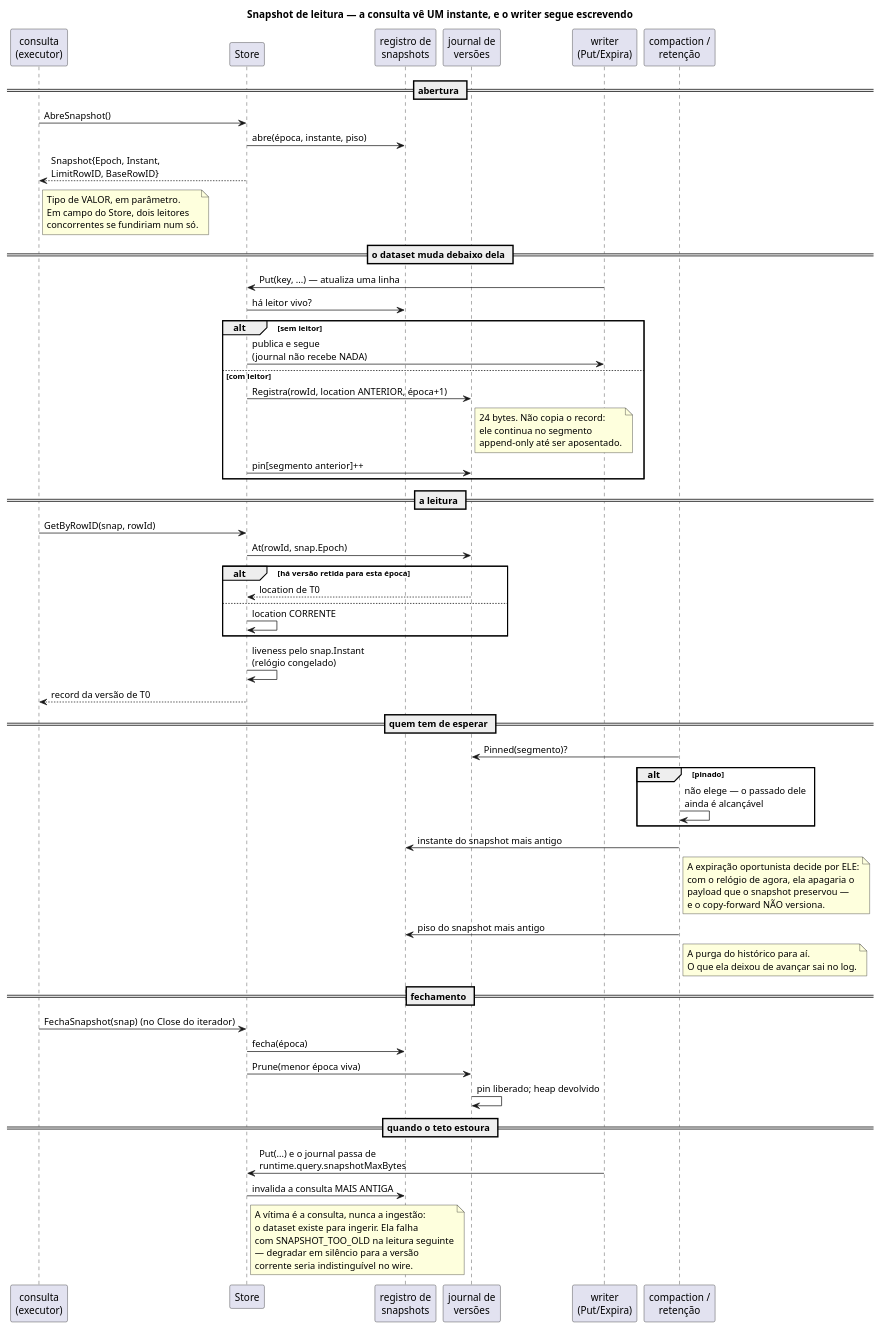
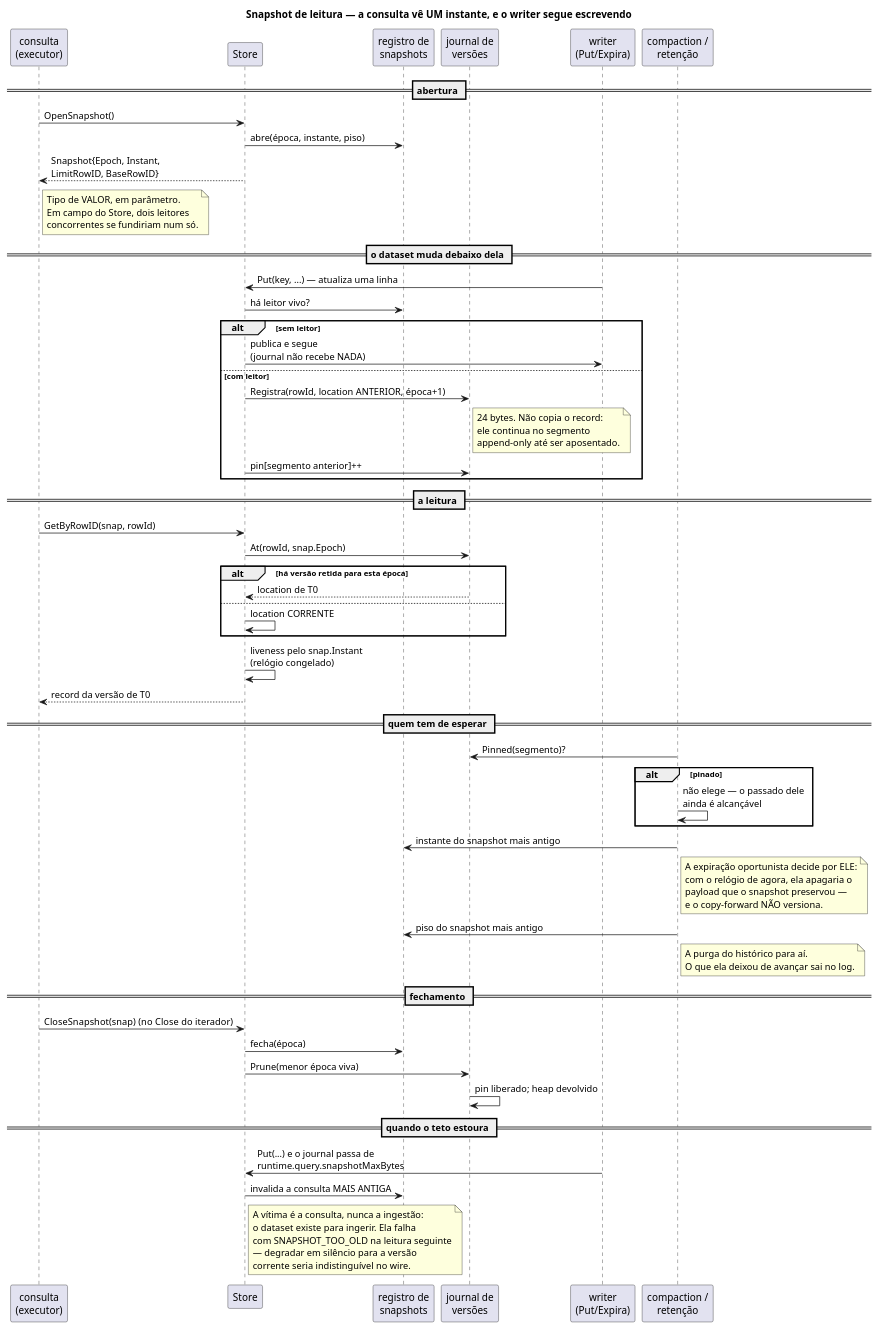
Before and after one commit to nishisan-dev/nishidb: the diagram in docs/diagrams/snapshot_isolamento.puml, drawn with PlantUML. The commit also changed 25 other files, not shown here.

```diff
--- a/docs/diagrams/snapshot_isolamento.puml
+++ b/docs/diagrams/snapshot_isolamento.puml
@@ -1,81 +1,81 @@
 @startuml snapshot_isolamento
 title Snapshot de leitura — a consulta vê UM instante, e o writer segue escrevendo
 
 participant "consulta\n(executor)" as q
 participant "Store" as st
 participant "registro de\nsnapshots" as reg
 participant "journal de\nversões" as jr
 participant "writer\n(Put/Expira)" as w
 participant "compaction /\nretenção" as c
 
 == abertura ==
-q -> st : AbreSnapshot()
+q -> st : OpenSnapshot()
 st -> reg : abre(época, instante, piso)
 st --> q : Snapshot{Epoch, Instant,\nLimitRowID, BaseRowID}
 note right of q
   Tipo de VALOR, em parâmetro.
   Em campo do Store, dois leitores
   concorrentes se fundiriam num só.
 end note
 
 == o dataset muda debaixo dela ==
 w -> st : Put(key, ...) — atualiza uma linha
 st -> reg : há leitor vivo?
 alt sem leitor
   st -> w : publica e segue\n(journal não recebe NADA)
 else com leitor
   st -> jr : Registra(rowId, location ANTERIOR, época+1)
   note right of jr
     24 bytes. Não copia o record:
     ele continua no segmento
     append-only até ser aposentado.
   end note
   st -> jr : pin[segmento anterior]++
 end
 
 == a leitura ==
 q -> st : GetByRowID(snap, rowId)
 st -> jr : At(rowId, snap.Epoch)
 alt há versão retida para esta época
   jr --> st : location de T0
 else
   st -> st : location CORRENTE
 end
 st -> st : liveness pelo snap.Instant\n(relógio congelado)
 st --> q : record da versão de T0
 
 == quem tem de esperar ==
 c -> jr : Pinned(segmento)?
 alt pinado
   c -> c : não elege — o passado dele\nainda é alcançável
 end
 c -> reg : instante do snapshot mais antigo
 note right of c
   A expiração oportunista decide por ELE:
   com o relógio de agora, ela apagaria o
   payload que o snapshot preservou —
   e o copy-forward NÃO versiona.
 end note
 c -> reg : piso do snapshot mais antigo
 note right of c
   A purga do histórico para aí.
   O que ela deixou de avançar sai no log.
 end note
 
 == fechamento ==
-q -> st : FechaSnapshot(snap)  (no Close do iterador)
+q -> st : CloseSnapshot(snap)  (no Close do iterador)
 st -> reg : fecha(época)
 st -> jr : Prune(menor época viva)
 jr -> jr : pin liberado; heap devolvido
 
 == quando o teto estoura ==
 w -> st : Put(...) e o journal passa de\nruntime.query.snapshotMaxBytes
 st -> reg : invalida a consulta MAIS ANTIGA
 note right of st
   A vítima é a consulta, nunca a ingestão:
   o dataset existe para ingerir. Ela falha
   com SNAPSHOT_TOO_OLD na leitura seguinte
   — degradar em silêncio para a versão
   corrente seria indistinguível no wire.
 end note
 @enduml
```
